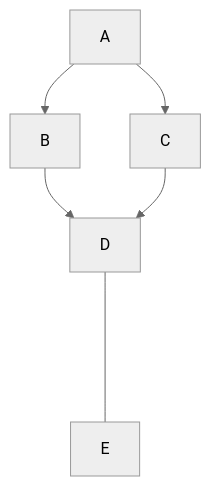
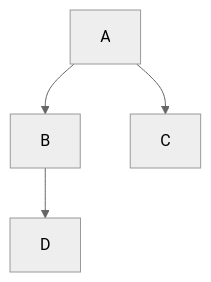
One commit to misterkrull/GitWhippingBoy changed the first of 2 diagrams in README.md. Above: the diagram before and after it, drawn with Mermaid (neutral theme).

Commit message:
Update README.md 123*main1 1

````diff
--- a/README.md
+++ b/README.md
@@ -1,8 +1,7 @@
 ```mermaid
   graph TB;
       A-->B;
       A-->C;
       B-->D;
-      C-->D;
-      D-----E;
+      
 ```
````
